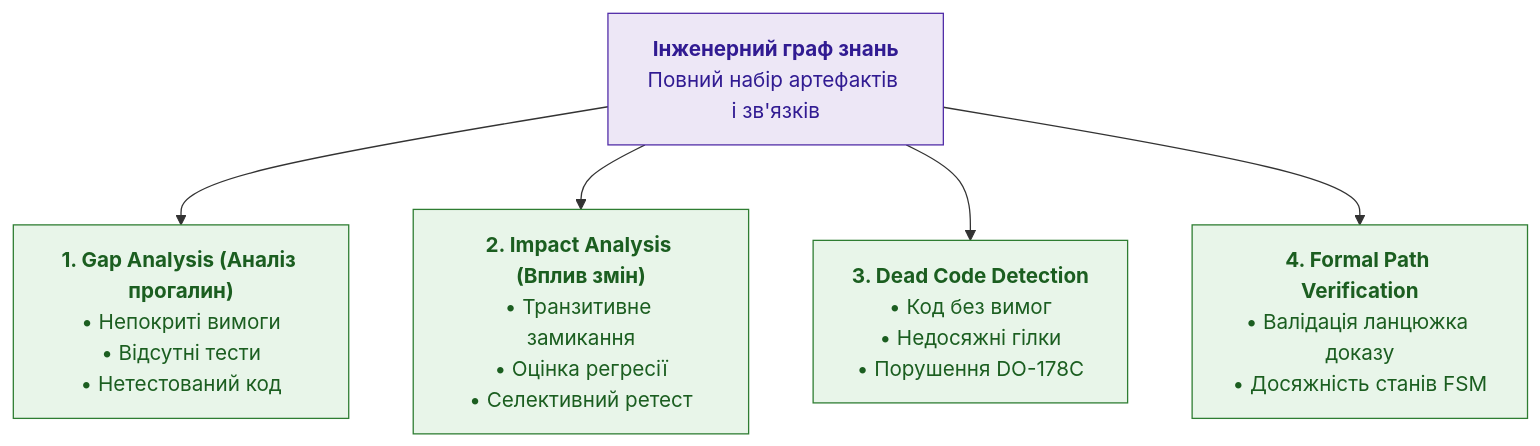
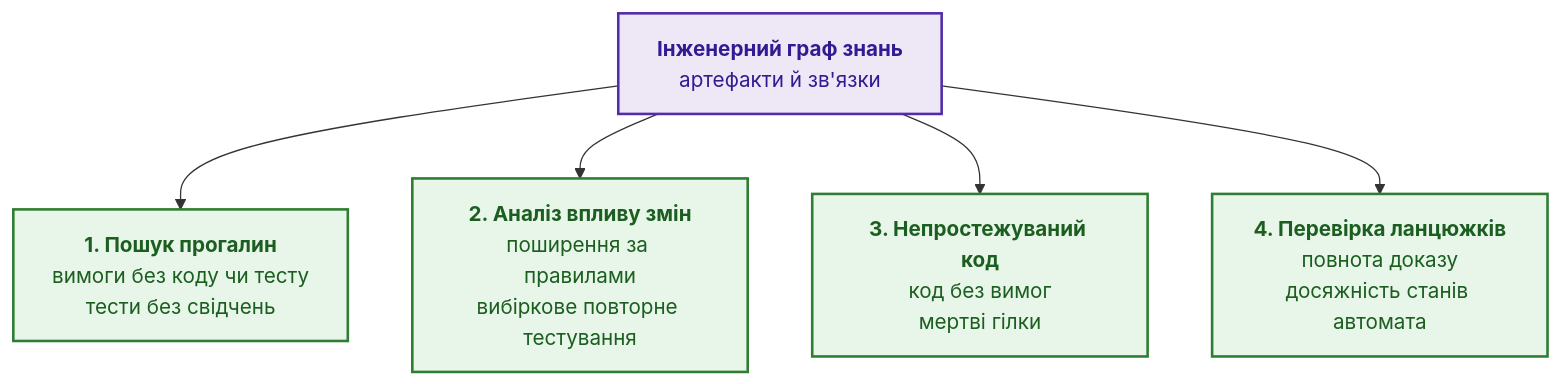
The fourth of 7 diagrams in ExpertSystem/ch09-engineering-knowledge-graph-traceability.md (nick-fedchik/articles), drawn with Mermaid before and after one commit. The commit also changed other lines of this file, not shown here.

Commit message:
docs(ch09): restructure engineering knowledge graph chapter, fixed gap/untraced/impact formulas, runnable Go bootstrap, verified sources

````diff
--- a/ExpertSystem/ch09-engineering-knowledge-graph-traceability.md
+++ b/ExpertSystem/ch09-engineering-knowledge-graph-traceability.md
@@ -356,18 +323,18 @@
 ```mermaid
 flowchart TD
-    accTitle: Типи аналітичних запитів до EKG
-    accDescr: Чотири основні класи алгоритмічного аналізу на інженерному графі від перевірки покриття до аналізу впливу змін.
+    accTitle: Класи аналізу на інженерному графі знань
+    accDescr: Граф живить пошук прогалин, аналіз впливу змін, виявлення непростежуваного коду й перевірку доказових ланцюжків.
 
-    EKG["<b>Інженерний граф знань</b><br/>Повний набір артефактів і зв'язків"]
+    EKG["<b>Інженерний граф знань</b><br/>артефакти й зв'язки"]
 
-    EKG --> A1["<b>1. Gap Analysis (Аналіз прогалин)</b><br/>• Непокриті вимоги<br/>• Відсутні тести<br/>• Нетестований код"]
-    EKG --> A2["<b>2. Impact Analysis (Вплив змін)</b><br/>• Транзитивне замикання<br/>• Оцінка регресії<br/>• Селективний ретест"]
-    EKG --> A3["<b>3. Dead Code Detection</b><br/>• Код без вимог<br/>• Недосяжні гілки<br/>• Порушення DO-178C"]
-    EKG --> A4["<b>4. Formal Path Verification</b><br/>• Валідація ланцюжка доказу<br/>• Досяжність станів FSM"]
+    EKG --> A1["<b>1. Пошук прогалин</b><br/>вимоги без коду чи тесту<br/>тести без свідчень"]
+    EKG --> A2["<b>2. Аналіз впливу змін</b><br/>поширення за правилами<br/>вибіркове повторне тестування"]
+    EKG --> A3["<b>3. Непростежуваний код</b><br/>код без вимог<br/>мертві гілки"]
+    EKG --> A4["<b>4. Перевірка ланцюжків</b><br/>повнота доказу<br/>досяжність станів автомата"]
 
-    classDef center fill:#ede7f6,stroke:#512da8,color:#311b92;
-    classDef query fill:#e8f5e9,stroke:#2e7d32,color:#1b5e20;
+    classDef center fill:#ede7f6,stroke:#512da8,stroke-width:2px,color:#311b92;
+    classDef query fill:#e8f5e9,stroke:#2e7d32,stroke-width:2px,color:#1b5e20;
 
     class EKG center;
     class A1,A2,A3,A4 query;
 ```
````
